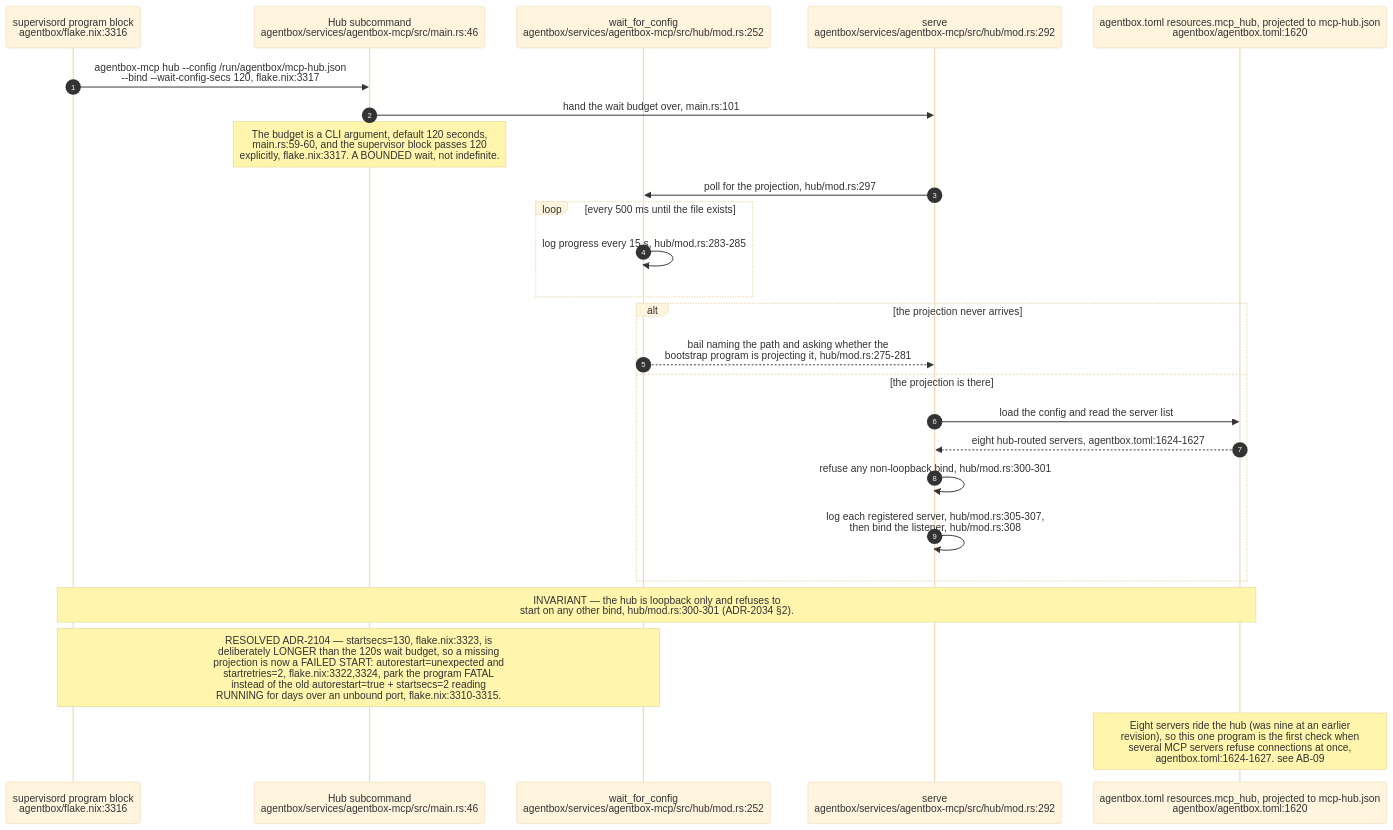
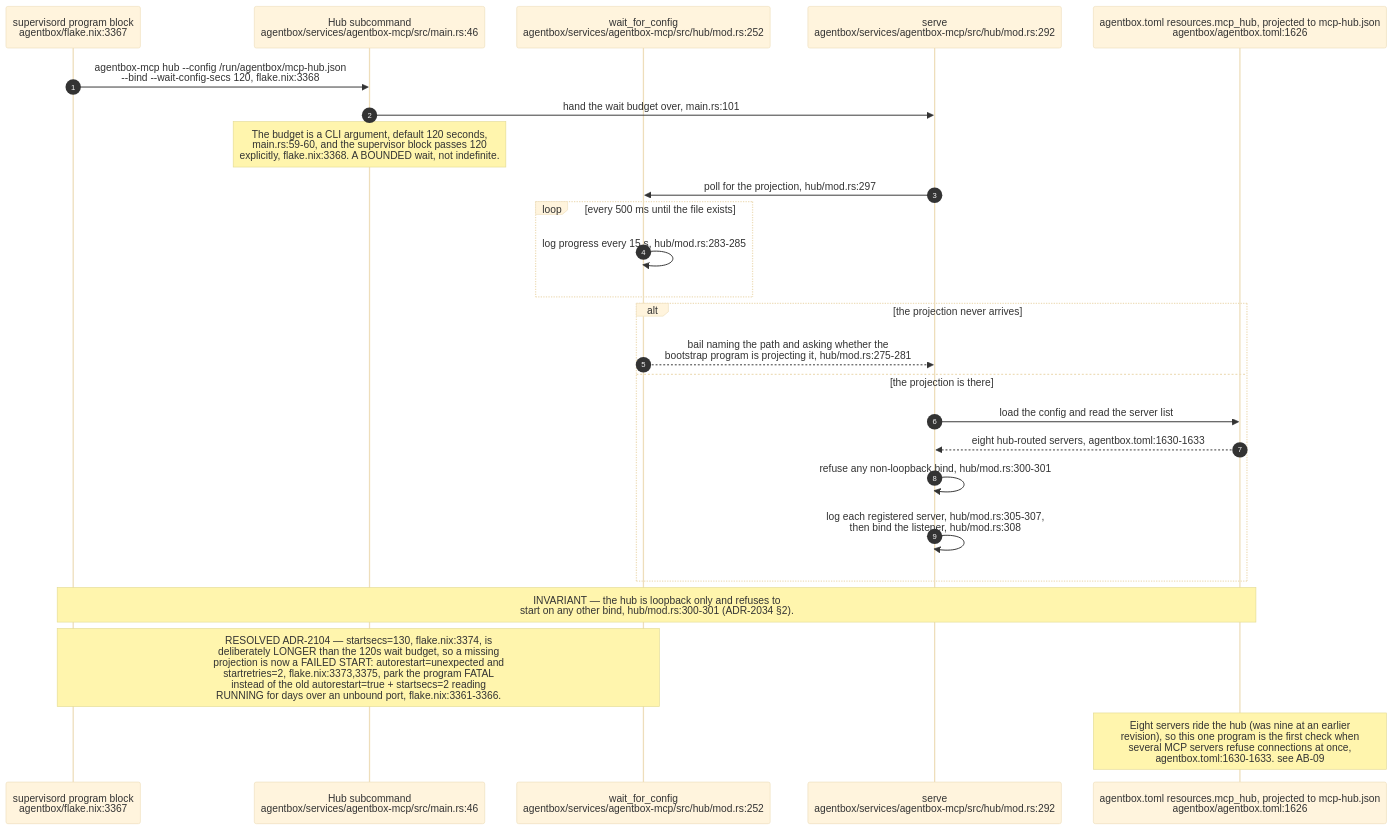
One commit to DreamLab-AI/VisionFlow changed the seventh of 8 diagrams in docs/diagrams/estate/01-estate-topology.md. Above: the diagram before and after it, drawn with Mermaid (base theme). The commit also changed other lines of this file and 49 other files, not shown here.

First line of the commit message:
docs(diagrams): re-derive and re-stamp VisionClaw, estate, knowledge-graph, visionGraph, VisionFlow and sidestr topics

````diff
--- a/docs/diagrams/estate/01-estate-topology.md
+++ b/docs/diagrams/estate/01-estate-topology.md
@@ -311,28 +311,28 @@
 ```mermaid
 sequenceDiagram
     autonumber
-    participant SUP as supervisord program block<br/>agentbox/flake.nix:3316
+    participant SUP as supervisord program block<br/>agentbox/flake.nix:3367
     participant MAIN as Hub subcommand<br/>agentbox/services/agentbox-mcp/src/main.rs:46
     participant WAIT as wait_for_config<br/>agentbox/services/agentbox-mcp/src/hub/mod.rs:252
     participant SERVE as serve<br/>agentbox/services/agentbox-mcp/src/hub/mod.rs:292
-    participant MAN as agentbox.toml resources.mcp_hub, projected to mcp-hub.json<br/>agentbox/agentbox.toml:1620
+    participant MAN as agentbox.toml resources.mcp_hub, projected to mcp-hub.json<br/>agentbox/agentbox.toml:1626
 
-    SUP->>MAIN: agentbox-mcp hub --config /run/agentbox/mcp-hub.json<br/>--bind --wait-config-secs 120, flake.nix:3317
+    SUP->>MAIN: agentbox-mcp hub --config /run/agentbox/mcp-hub.json<br/>--bind --wait-config-secs 120, flake.nix:3368
     MAIN->>SERVE: hand the wait budget over, main.rs:101
-    Note over MAIN: The budget is a CLI argument, default 120 seconds,<br/>main.rs:59-60, and the supervisor block passes 120<br/>explicitly, flake.nix:3317. A BOUNDED wait, not indefinite.
+    Note over MAIN: The budget is a CLI argument, default 120 seconds,<br/>main.rs:59-60, and the supervisor block passes 120<br/>explicitly, flake.nix:3368. A BOUNDED wait, not indefinite.
     SERVE->>WAIT: poll for the projection, hub/mod.rs:297
     loop every 500 ms until the file exists
         WAIT->>WAIT: log progress every 15 s, hub/mod.rs:283-285
     end
     alt the projection never arrives
         WAIT-->>SERVE: bail naming the path and asking whether the<br/>bootstrap program is projecting it, hub/mod.rs:275-281
     else the projection is there
         SERVE->>MAN: load the config and read the server list
-        MAN-->>SERVE: eight hub-routed servers, agentbox.toml:1624-1627
+        MAN-->>SERVE: eight hub-routed servers, agentbox.toml:1630-1633
         SERVE->>SERVE: refuse any non-loopback bind, hub/mod.rs:300-301
         SERVE->>SERVE: log each registered server, hub/mod.rs:305-307,<br/>then bind the listener, hub/mod.rs:308
     end
     Note over SUP,MAN: INVARIANT — the hub is loopback only and refuses to<br/>start on any other bind, hub/mod.rs:300-301 (ADR-2034 §2).
-    Note over SUP,WAIT: RESOLVED ADR-2104 — startsecs=130, flake.nix:3323, is<br/>deliberately LONGER than the 120s wait budget, so a missing<br/>projection is now a FAILED START: autorestart=unexpected and<br/>startretries=2, flake.nix:3322,3324, park the program FATAL<br/>instead of the old autorestart=true + startsecs=2 reading<br/>RUNNING for days over an unbound port, flake.nix:3310-3315.
-    Note over MAN: Eight servers ride the hub (was nine at an earlier<br/>revision), so this one program is the first check when<br/>several MCP servers refuse connections at once,<br/>agentbox.toml:1624-1627. see AB-09
+    Note over SUP,WAIT: RESOLVED ADR-2104 — startsecs=130, flake.nix:3374, is<br/>deliberately LONGER than the 120s wait budget, so a missing<br/>projection is now a FAILED START: autorestart=unexpected and<br/>startretries=2, flake.nix:3373,3375, park the program FATAL<br/>instead of the old autorestart=true + startsecs=2 reading<br/>RUNNING for days over an unbound port, flake.nix:3361-3366.
+    Note over MAN: Eight servers ride the hub (was nine at an earlier<br/>revision), so this one program is the first check when<br/>several MCP servers refuse connections at once,<br/>agentbox.toml:1630-1633. see AB-09
 ```
````
